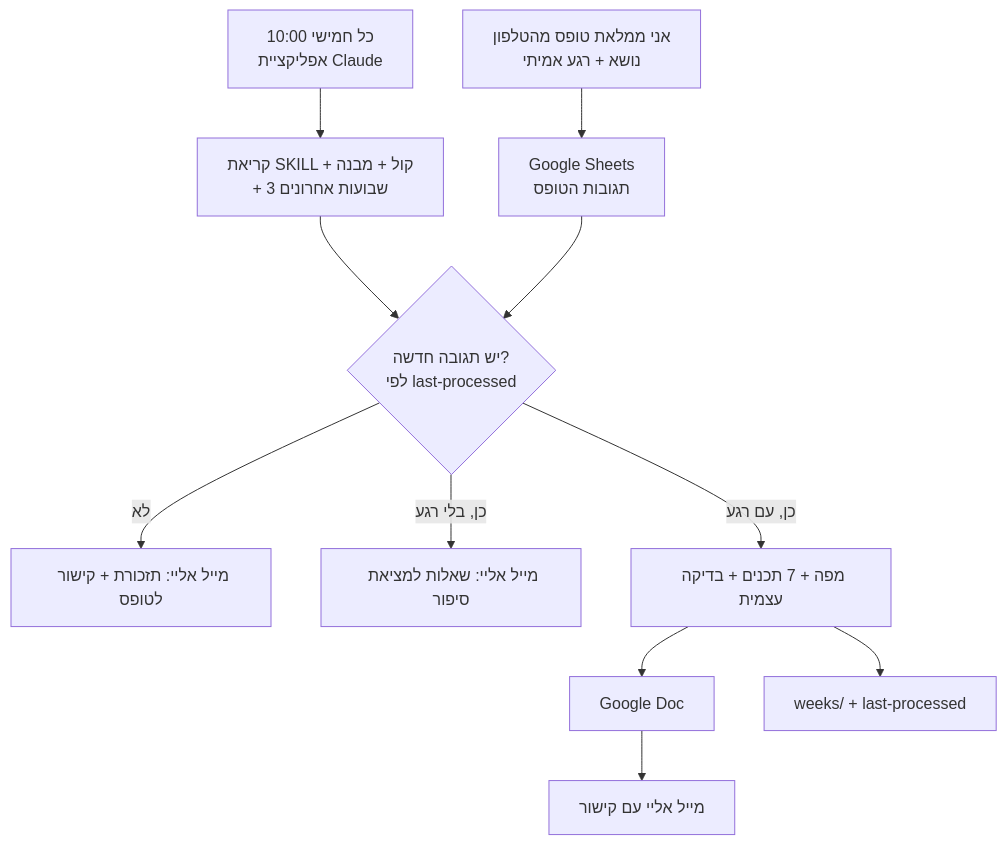
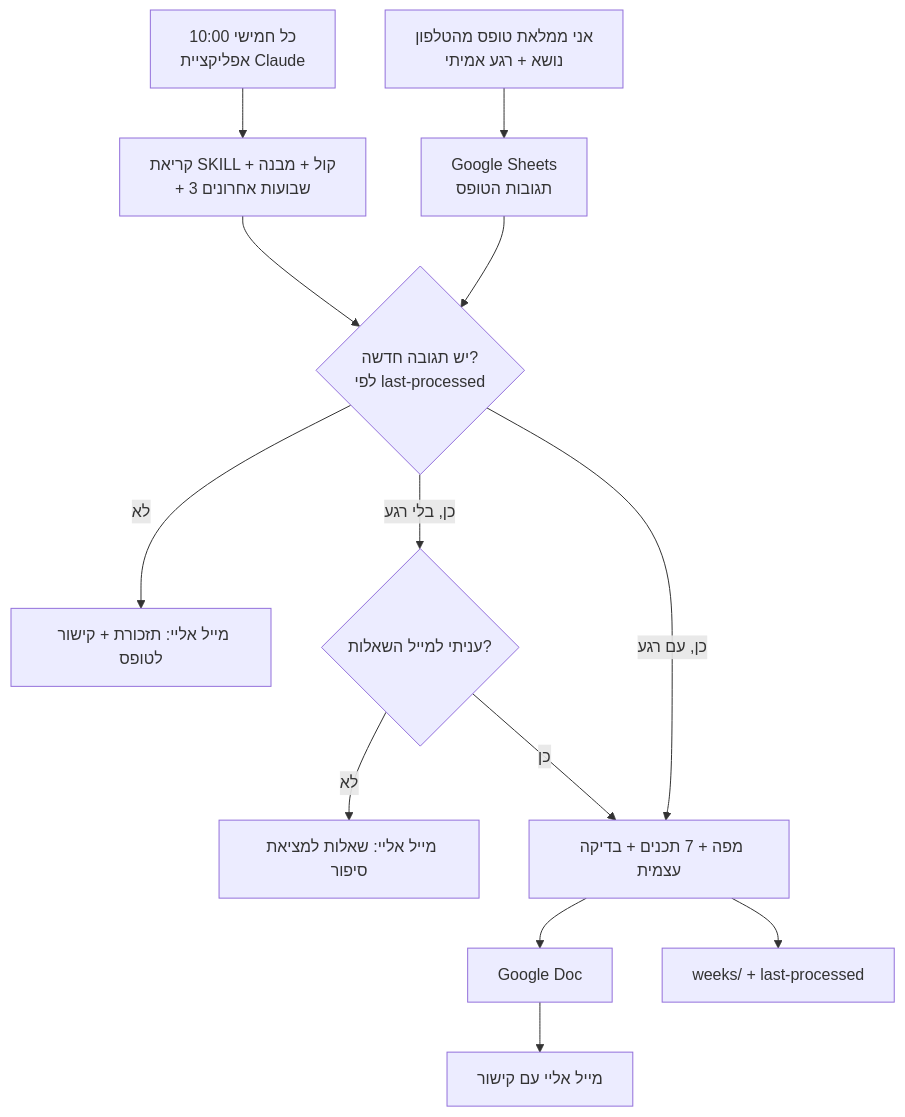
One commit to efrathattav-cloud/bocharot-beometz-agent changed the second of 3 diagrams in SPEC.md. Above: the diagram before and after it, drawn with Mermaid. The commit also changed other lines of this file and 1 other file, not shown here.

Commit message:
Routine: warm greeting, and read email replies as the real moment

````diff
--- a/SPEC.md
+++ b/SPEC.md
@@ -255,13 +256,15 @@
 ```mermaid
 flowchart TD
     F[אני ממלאת טופס מהטלפון<br/>נושא + רגע אמיתי] --> SH[Google Sheets<br/>תגובות הטופס]
     T[כל חמישי 10:00<br/>אפליקציית Claude] --> R[קריאת SKILL + קול + מבנה<br/>+ 3 שבועות אחרונים]
     R --> N{יש תגובה חדשה?<br/>לפי last-processed}
     SH --> N
     N -- לא --> D1[מייל אליי: תזכורת + קישור לטופס]
-    N -- כן, בלי רגע --> D2[מייל אליי: שאלות למציאת סיפור]
+    N -- כן, בלי רגע --> RP{עניתי למייל השאלות?}
+    RP -- לא --> D2[מייל אליי: שאלות למציאת סיפור]
+    RP -- כן --> W
     N -- כן, עם רגע --> W[מפה + 7 תכנים + בדיקה עצמית]
     W --> DOC[Google Doc]
     W --> WK[weeks/ + last-processed]
     DOC --> D3[מייל אליי עם קישור]
 ```
````
